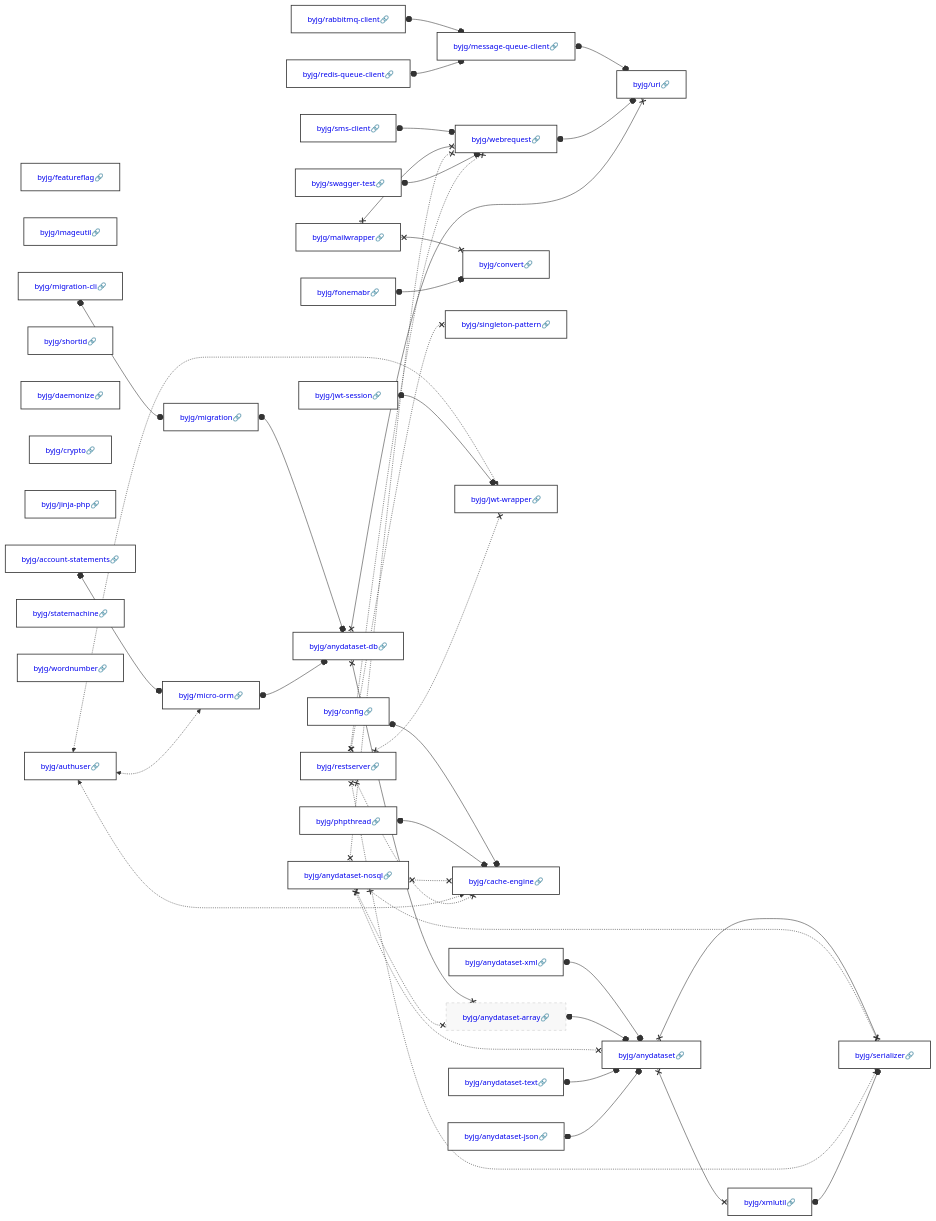
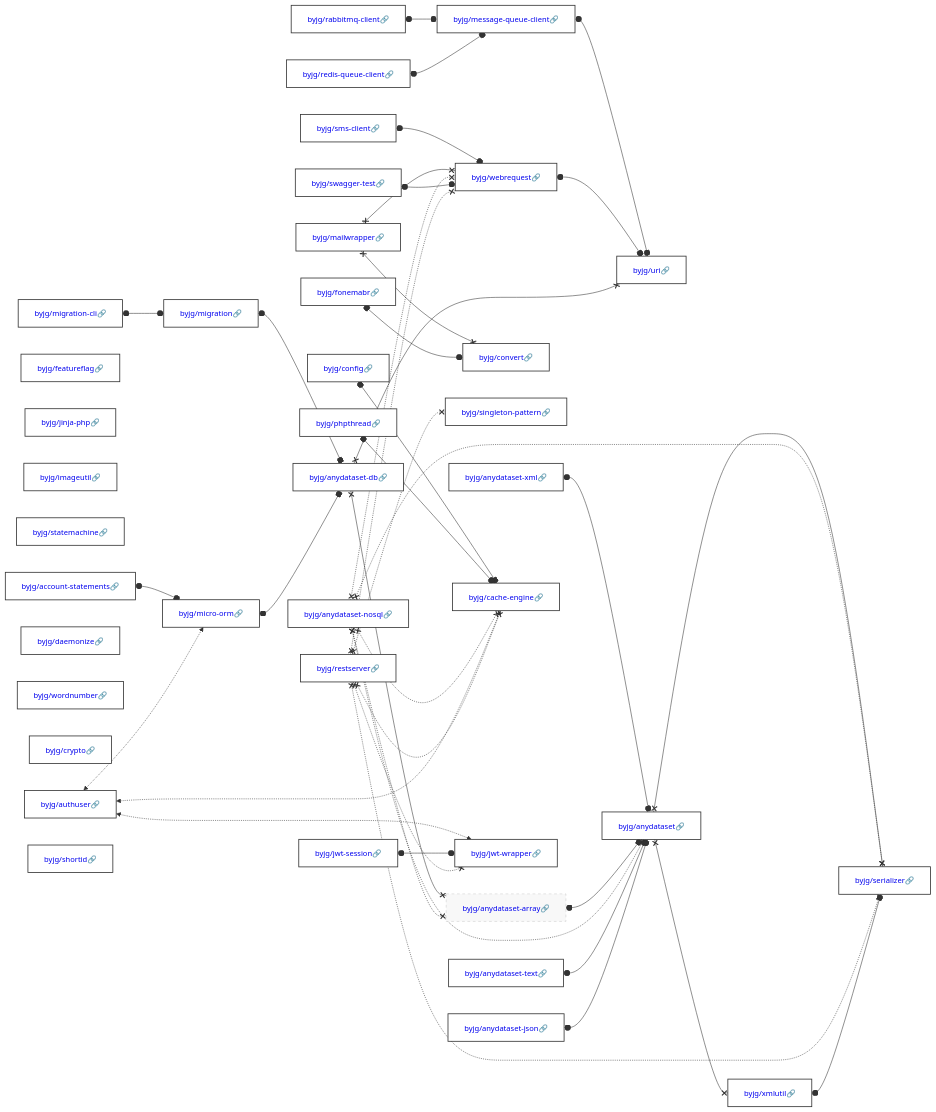
One commit to byjg/byjg.github.io changed the diagram in docs/php/README.md. Above: the diagram before and after it, drawn with Mermaid. The commit also changed other lines of this file, not shown here.

Commit message:
Update documentation 'php' 'php-account-statements'

````diff
--- a/docs/php/README.md
+++ b/docs/php/README.md
@@ -3,38 +3,38 @@
 ```mermaid
 graph LR;
+  byjg/config[<a href='https://opensource.byjg.com/docs/php/config' style='text-decoration:none'>byjg/config🔗</a>];
+  byjg/mailwrapper[<a href='https://opensource.byjg.com/docs/php/mailwrapper' style='text-decoration:none'>byjg/mailwrapper🔗</a>];
   byjg/phpthread[<a href='https://opensource.byjg.com/docs/php/phpthread' style='text-decoration:none'>byjg/phpthread🔗</a>];
+  byjg/account-statements[<a href='https://opensource.byjg.com/docs/php/account-statements' style='text-decoration:none'>byjg/account-statements🔗</a>];
+  byjg/fonemabr[<a href='https://opensource.byjg.com/docs/php/fonemabr' style='text-decoration:none'>byjg/fonemabr🔗</a>];
   byjg/featureflag[<a href='https://opensource.byjg.com/docs/php/featureflag' style='text-decoration:none'>byjg/featureflag🔗</a>];
-  byjg/config[<a href='https://opensource.byjg.com/docs/php/config' style='text-decoration:none'>byjg/config🔗</a>];
+  byjg/jinja-php[<a href='https://opensource.byjg.com/docs/php/jinja-php' style='text-decoration:none'>byjg/jinja-php🔗</a>];
+  byjg/anydataset-nosql[<a href='https://opensource.byjg.com/docs/php/anydataset-nosql' style='text-decoration:none'>byjg/anydataset-nosql🔗</a>];
   byjg/imageutil[<a href='https://opensource.byjg.com/docs/php/imageutil' style='text-decoration:none'>byjg/imageutil🔗</a>];
+  byjg/statemachine[<a href='https://opensource.byjg.com/docs/php/statemachine' style='text-decoration:none'>byjg/statemachine🔗</a>];
+  byjg/anydataset-xml[<a href='https://opensource.byjg.com/docs/php/anydataset-xml' style='text-decoration:none'>byjg/anydataset-xml🔗</a>];
+  byjg/sms-client[<a href='https://opensource.byjg.com/docs/php/sms-client' style='text-decoration:none'>byjg/sms-client🔗</a>];
   byjg/migration-cli[<a href='https://opensource.byjg.com/docs/php/migration-cli' style='text-decoration:none'>byjg/migration-cli🔗</a>];
+  byjg/swagger-test[<a href='https://opensource.byjg.com/docs/php/swagger-test' style='text-decoration:none'>byjg/swagger-test🔗</a>];
+  byjg/anydataset-text[<a href='https://opensource.byjg.com/docs/php/anydataset-text' style='text-decoration:none'>byjg/anydataset-text🔗</a>];
+  byjg/rabbitmq-client[<a href='https://opensource.byjg.com/docs/php/rabbitmq-client' style='text-decoration:none'>byjg/rabbitmq-client🔗</a>];
+  byjg/restserver[<a href='https://opensource.byjg.com/docs/php/restserver' style='text-decoration:none'>byjg/restserver🔗</a>];
+  byjg/anydataset-json[<a href='https://opensource.byjg.com/docs/php/anydataset-json' style='text-decoration:none'>byjg/anydataset-json🔗</a>];
   byjg/jwt-session[<a href='https://opensource.byjg.com/docs/php/jwt-session' style='text-decoration:none'>byjg/jwt-session🔗</a>];
-  byjg/fonemabr[<a href='https://opensource.byjg.com/docs/php/fonemabr' style='text-decoration:none'>byjg/fonemabr🔗</a>];
-  byjg/rabbitmq-client[<a href='https://opensource.byjg.com/docs/php/rabbitmq-client' style='text-decoration:none'>byjg/rabbitmq-client🔗</a>];
-  byjg/anydataset-text[<a href='https://opensource.byjg.com/docs/php/anydataset-text' style='text-decoration:none'>byjg/anydataset-text🔗</a>];
-  byjg/anydataset-json[<a href='https://opensource.byjg.com/docs/php/anydataset-json' style='text-decoration:none'>byjg/anydataset-json🔗</a>];
+  byjg/daemonize[<a href='https://opensource.byjg.com/docs/php/daemonize' style='text-decoration:none'>byjg/daemonize🔗</a>];
+  byjg/redis-queue-client[<a href='https://opensource.byjg.com/docs/php/redis-queue-client' style='text-decoration:none'>byjg/redis-queue-client🔗</a>];
+  byjg/wordnumber[<a href='https://opensource.byjg.com/docs/php/wordnumber' style='text-decoration:none'>byjg/wordnumber🔗</a>];
+  byjg/crypto[<a href='https://opensource.byjg.com/docs/php/crypto' style='text-decoration:none'>byjg/crypto🔗</a>];
+  byjg/authuser[<a href='https://opensource.byjg.com/docs/php/authuser' style='text-decoration:none'>byjg/authuser🔗</a>];
   byjg/shortid[<a href='https://opensource.byjg.com/docs/php/shortid' style='text-decoration:none'>byjg/shortid🔗</a>];
-  byjg/daemonize[<a href='https://opensource.byjg.com/docs/php/daemonize' style='text-decoration:none'>byjg/daemonize🔗</a>];
-  byjg/swagger-test[<a href='https://opensource.byjg.com/docs/php/swagger-test' style='text-decoration:none'>byjg/swagger-test🔗</a>];
-  byjg/anydataset-xml[<a href='https://opensource.byjg.com/docs/php/anydataset-xml' style='text-decoration:none'>byjg/anydataset-xml🔗</a>];
-  byjg/crypto[<a href='https://opensource.byjg.com/docs/php/crypto' style='text-decoration:none'>byjg/crypto🔗</a>];
-  byjg/mailwrapper[<a href='https://opensource.byjg.com/docs/php/mailwrapper' style='text-decoration:none'>byjg/mailwrapper🔗</a>];
-  byjg/jinja-php[<a href='https://opensource.byjg.com/docs/php/jinja-php' style='text-decoration:none'>byjg/jinja-php🔗</a>];
-  byjg/restserver[<a href='https://opensource.byjg.com/docs/php/restserver' style='text-decoration:none'>byjg/restserver🔗</a>];
-  byjg/authuser[<a href='https://opensource.byjg.com/docs/php/authuser' style='text-decoration:none'>byjg/authuser🔗</a>];
-  byjg/statemachine[<a href='https://opensource.byjg.com/docs/php/statemachine' style='text-decoration:none'>byjg/statemachine🔗</a>];
-  byjg/wordnumber[<a href='https://opensource.byjg.com/docs/php/wordnumber' style='text-decoration:none'>byjg/wordnumber🔗</a>];
-  byjg/anydataset-nosql[<a href='https://opensource.byjg.com/docs/php/anydataset-nosql' style='text-decoration:none'>byjg/anydataset-nosql🔗</a>];
-  byjg/account-statements[<a href='https://opensource.byjg.com/docs/php/account-statements' style='text-decoration:none'>byjg/account-statements🔗</a>];
-  byjg/redis-queue-client[<a href='https://opensource.byjg.com/docs/php/redis-queue-client' style='text-decoration:none'>byjg/redis-queue-client🔗</a>];
-  byjg/sms-client[<a href='https://opensource.byjg.com/docs/php/sms-client' style='text-decoration:none'>byjg/sms-client🔗</a>];
+  byjg/convert[<a href='https://opensource.byjg.com/docs/php/convert' style='text-decoration:none'>byjg/convert🔗</a>];
   byjg/migration[<a href='https://opensource.byjg.com/docs/php/migration' style='text-decoration:none'>byjg/migration🔗</a>];
-  byjg/convert[<a href='https://opensource.byjg.com/docs/php/convert' style='text-decoration:none'>byjg/convert🔗</a>];
   byjg/singleton-pattern[<a href='https://opensource.byjg.com/docs/php/singleton-pattern' style='text-decoration:none'>byjg/singleton-pattern🔗</a>];
+  byjg/webrequest[<a href='https://opensource.byjg.com/docs/php/webrequest' style='text-decoration:none'>byjg/webrequest🔗</a>];
+  byjg/message-queue-client[<a href='https://opensource.byjg.com/docs/php/message-queue-client' style='text-decoration:none'>byjg/message-queue-client🔗</a>];
+  byjg/micro-orm[<a href='https://opensource.byjg.com/docs/php/micro-orm' style='text-decoration:none'>byjg/micro-orm🔗</a>];
+  byjg/cache-engine[<a href='https://opensource.byjg.com/docs/php/cache-engine' style='text-decoration:none'>byjg/cache-engine🔗</a>];
   byjg/jwt-wrapper[<a href='https://opensource.byjg.com/docs/php/jwt-wrapper' style='text-decoration:none'>byjg/jwt-wrapper🔗</a>];
-  byjg/cache-engine[<a href='https://opensource.byjg.com/docs/php/cache-engine' style='text-decoration:none'>byjg/cache-engine🔗</a>];
-  byjg/micro-orm[<a href='https://opensource.byjg.com/docs/php/micro-orm' style='text-decoration:none'>byjg/micro-orm🔗</a>];
-  byjg/message-queue-client[<a href='https://opensource.byjg.com/docs/php/message-queue-client' style='text-decoration:none'>byjg/message-queue-client🔗</a>];
-  byjg/webrequest[<a href='https://opensource.byjg.com/docs/php/webrequest' style='text-decoration:none'>byjg/webrequest🔗</a>];
   byjg/anydataset-db[<a href='https://opensource.byjg.com/docs/php/anydataset-db' style='text-decoration:none'>byjg/anydataset-db🔗</a>];
   byjg/anydataset-array[<a href='https://opensource.byjg.com/docs/php/anydataset-array' style='text-decoration:none'>byjg/anydataset-array🔗</a>];
   byjg/uri[<a href='https://opensource.byjg.com/docs/php/uri' style='text-decoration:none'>byjg/uri🔗</a>];
````
